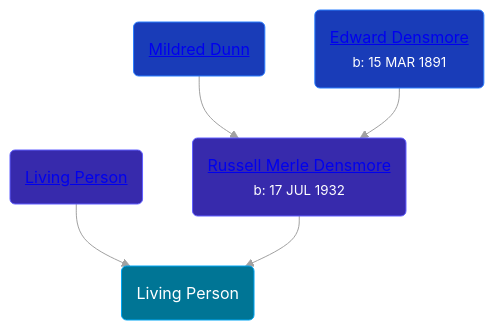
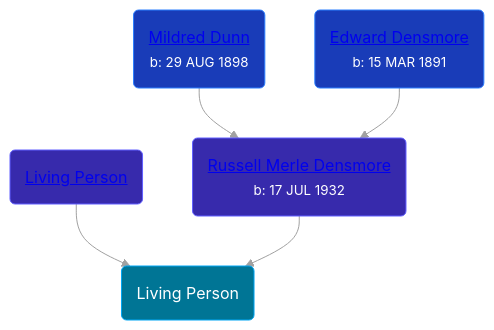
One commit to wpmgotkh/wpmgotkh.github.io changed the diagram in pages/people/6/67186741.md. Above: the diagram before and after it, drawn with Mermaid. The commit also changed 257 other files, not shown here.

````diff
--- a/pages/people/6/67186741.md
+++ b/pages/people/6/67186741.md
@@ -10,12 +10,12 @@
 ```mermaid
 graph
 classDef grands fill:#193cb8,stroke:#2b7fff,stroke-width:1px,color:#fff;
 classDef parents fill:#372aac,stroke:#615fff,stroke-width:1px,color:#fff;
 classDef primary fill:#007595,stroke:#00a6f4,stroke-width:1px,color:#fff;
 67186741(Living Person):::primary
 7137584(<a class="text-white" href="/people/7/7137584">Living Person</a>):::parents-->67186741
 47260456(<a class="text-white" href="/people/4/47260456">Russell Merle Densmore</a><br /><small>b: 17 JUL 1932</small>):::parents-->67186741
-7869963(<a class="text-white" href="/people/7/7869963">Mildred Dunn</a>):::grands-->47260456
+7869963(<a class="text-white" href="/people/7/7869963">Mildred Dunn</a><br /><small>b: 29 AUG 1898</small>):::grands-->47260456
 75117844(<a class="text-white" href="/people/7/75117844">Edward Densmore</a><br /><small>b: 15 MAR 1891</small>):::grands-->47260456
 linkStyle default stroke:#a1a1a1
 ```
````
